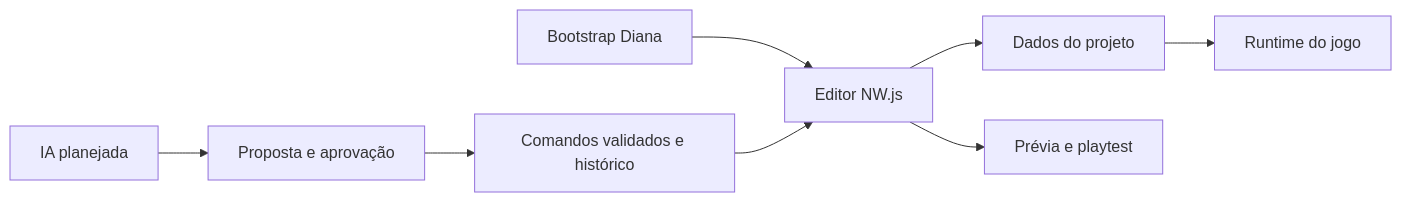
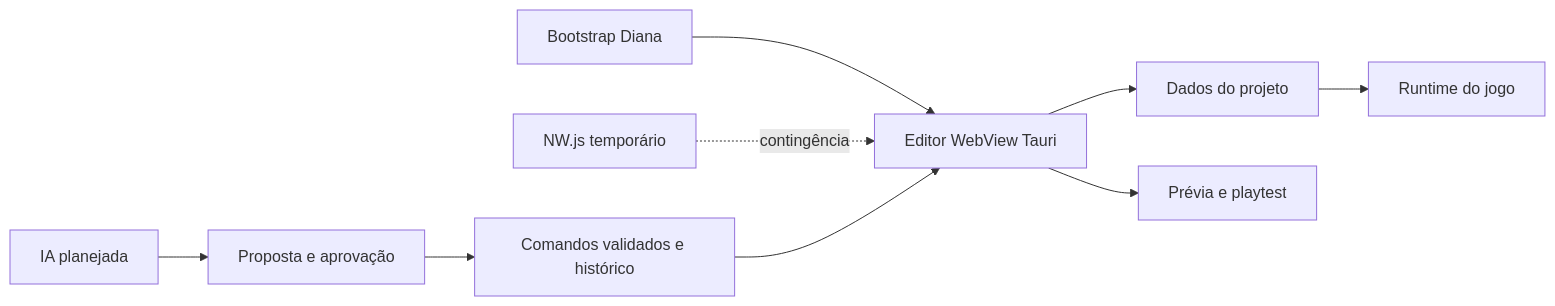
One commit to DianaCostaT/Diana-RPG-Studio changed the diagram in docs/ARCHITECTURE.md. Above: the diagram before and after it, drawn with Mermaid. The commit also changed other lines of this file and 140 other files, not shown here.

````diff
--- a/docs/ARCHITECTURE.md
+++ b/docs/ARCHITECTURE.md
@@ -11,10 +13,11 @@
 ```mermaid
 flowchart LR
-    A[Editor NW.js] --> B[Dados do projeto]
+    A[Editor WebView Tauri] --> B[Dados do projeto]
     B --> C[Runtime do jogo]
     A --> D[Prévia e playtest]
     E[Bootstrap Diana] --> A
-    F[IA planejada] --> G[Proposta e aprovação]
+    F[NW.js temporário] -. contingência .-> A
+    I[IA planejada] --> G[Proposta e aprovação]
     G --> H[Comandos validados e histórico]
     H --> A
 ```
````
